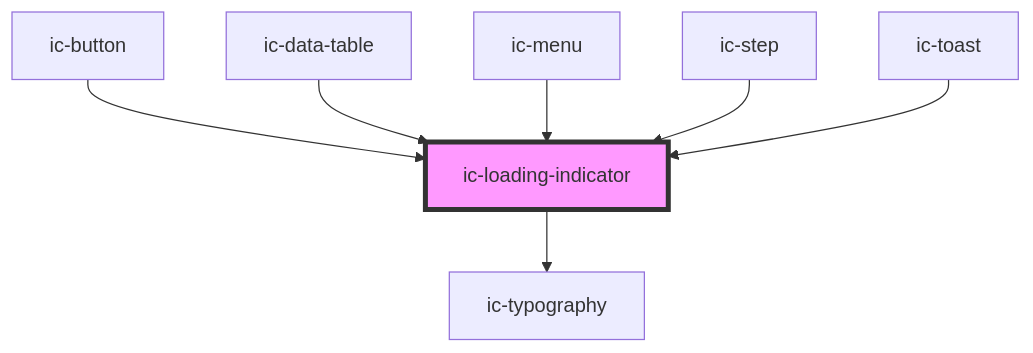
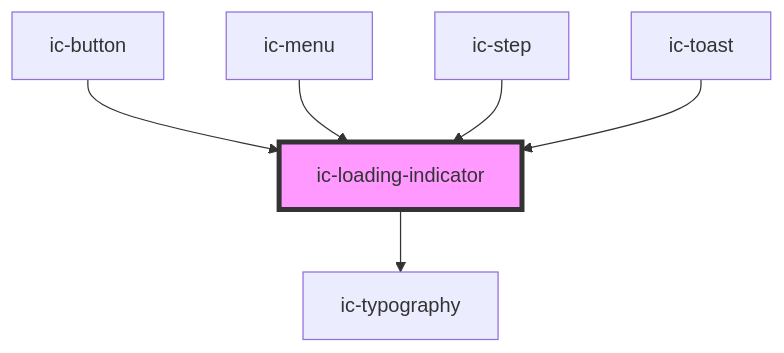
One commit to mi6/ic-ui-kit changed the diagram in packages/web-components/src/components/ic-loading-indicator/readme.md. Above: the diagram before and after it, drawn with Mermaid. The commit also changed other lines of this file and 134 other files, not shown here.

````diff
--- a/packages/web-components/src/components/ic-loading-indicator/readme.md
+++ b/packages/web-components/src/components/ic-loading-indicator/readme.md
@@ -56,10 +53,9 @@
 ```mermaid
 graph TD;
   ic-loading-indicator --> ic-typography
   ic-button --> ic-loading-indicator
-  ic-data-table --> ic-loading-indicator
   ic-menu --> ic-loading-indicator
   ic-step --> ic-loading-indicator
   ic-toast --> ic-loading-indicator
   style ic-loading-indicator fill:#f9f,stroke:#333,stroke-width:4px
 ```
````
